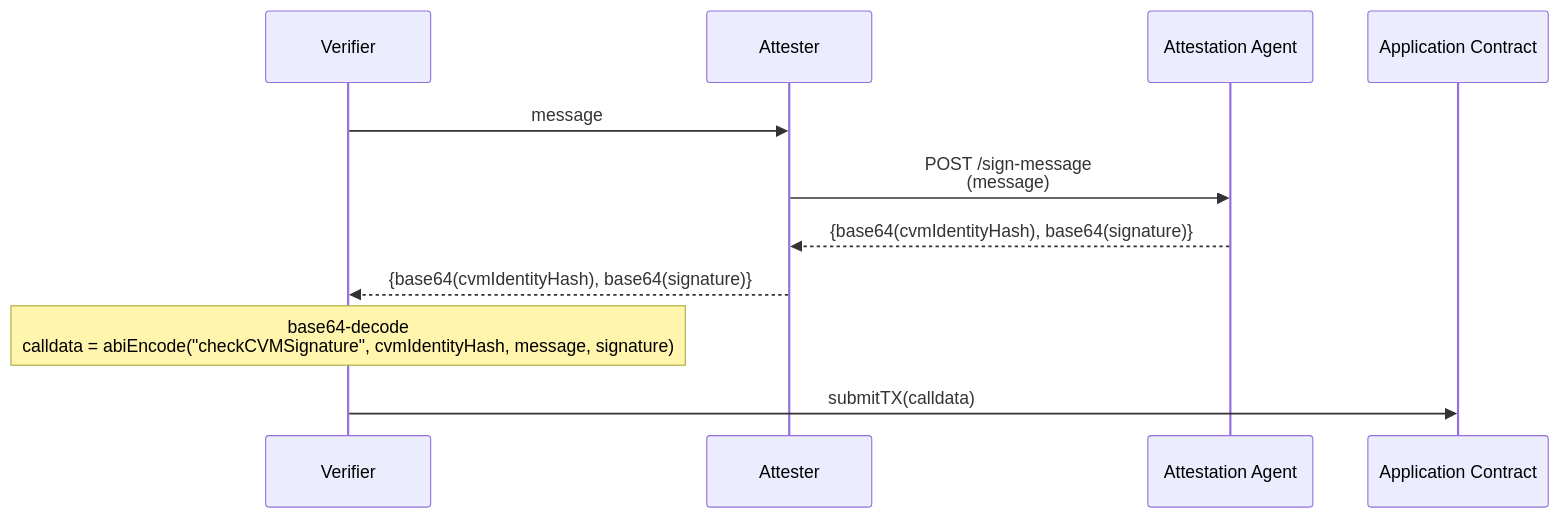
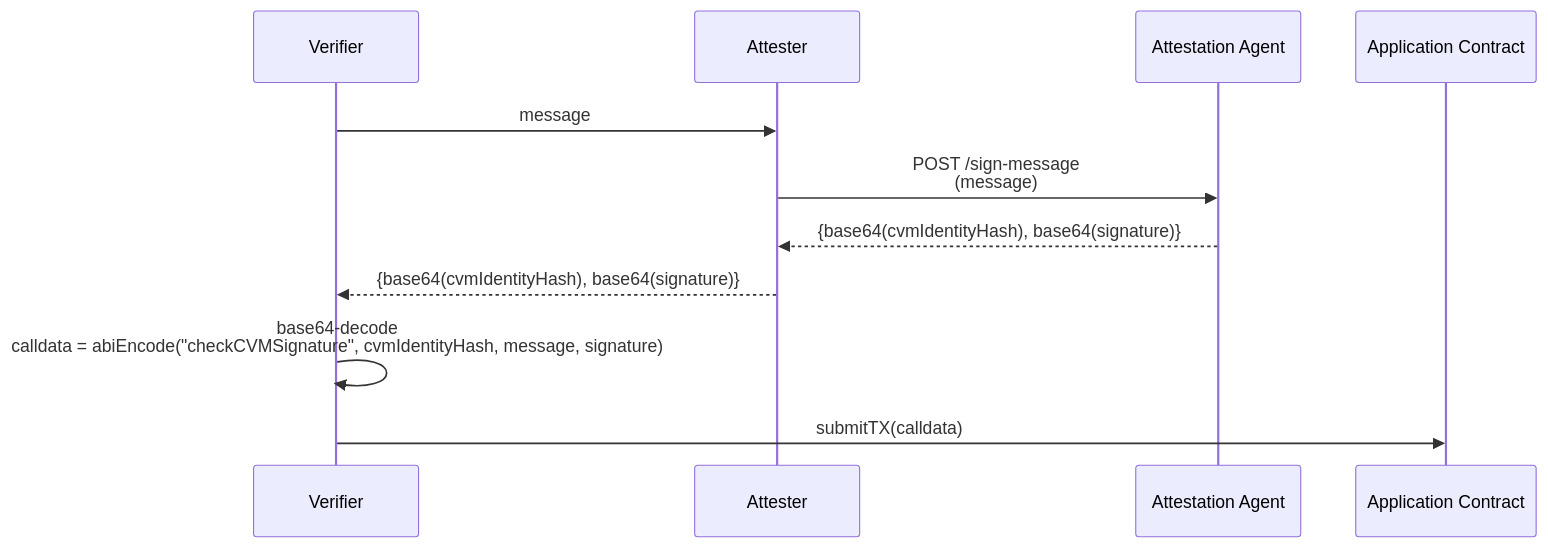
Before and after one commit to nuconstruct-ltd/automata-linux: the fourth of 6 diagrams in docs/onchain-workflows.md, drawn with Mermaid. The commit also changed other lines of this file and 1 other file, not shown here.

````diff
--- a/docs/onchain-workflows.md
+++ b/docs/onchain-workflows.md
@@ -74,14 +74,14 @@
 ```mermaid
 sequenceDiagram
     participant V as Verifier
     participant AT as Attester
     participant AA as Attestation Agent
     participant AC as Application Contract
 
     V->>AT: message
     AT->>AA: POST /sign-message <br/> (message)
     AA-->>AT: {base64(cvmIdentityHash), base64(signature)}
     AT-->>V: {base64(cvmIdentityHash), base64(signature)}
-    note over V: base64-decode <br/> calldata = abiEncode("checkCVMSignature", cvmIdentityHash, message, signature)
+    V->>V: base64-decode <br/> calldata = abiEncode("checkCVMSignature", cvmIdentityHash, message, signature)
     V->>AC: submitTX(calldata)
 ```
````
